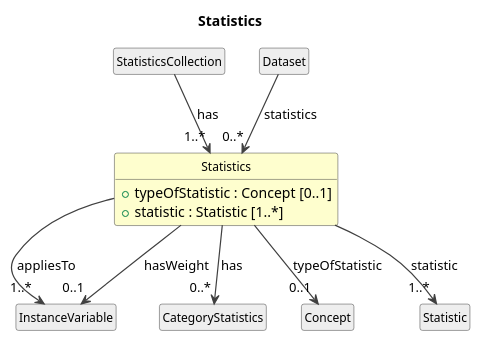
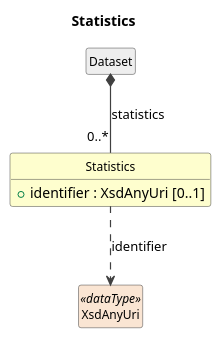
Before and after one commit to Cross-Domain-Interoperability-Framework/metadataBuildingBlocks: the diagram in cdif-uml-model/DataDescriptionWithStructure/Classes/Statistics.pu, drawn with PlantUML. The commit also changed 834 other files, not shown here.

```diff
--- a/cdif-uml-model/DataDescriptionWithStructure/Classes/Statistics.pu
+++ b/cdif-uml-model/DataDescriptionWithStructure/Classes/Statistics.pu
@@ -1,31 +1,21 @@
 @startuml
 title Statistics
 hide circle
 hide empty members
 skinparam shadowing false
 skinparam ArrowThickness 1.2
 skinparam class {
   ArrowColor #404040
   BorderColor #404040
   FontSize 12
 }
 
 class "Statistics" as Statistics #FEFECE {
-  +typeOfStatistic : Concept [0..1]
-  +statistic : Statistic [1..*]
+  +identifier : XsdAnyUri [0..1]
 }
-class "InstanceVariable" as InstanceVariable #EEEEEE
-Statistics --> "1..*" InstanceVariable : appliesTo
-Statistics --> "0..1" InstanceVariable : hasWeight
-class "CategoryStatistics" as CategoryStatistics #EEEEEE
-Statistics --> "0..*" CategoryStatistics : has
-class "StatisticsCollection" as StatisticsCollection #EEEEEE
-StatisticsCollection --> "1..*" Statistics : has
 class "Dataset" as Dataset #EEEEEE
-Dataset --> "0..*" Statistics : statistics
-class "Concept" as Concept #EEEEEE
-Statistics --> "0..1" Concept : typeOfStatistic
-class "Statistic" as Statistic #EEEEEE
-Statistics --> "1..*" Statistic : statistic
+Dataset *-- "0..*" Statistics : statistics
+class "XsdAnyUri" as XsdAnyUri <<dataType>> #FAE5D3
+Statistics ..> XsdAnyUri : identifier
 
 @enduml
```
